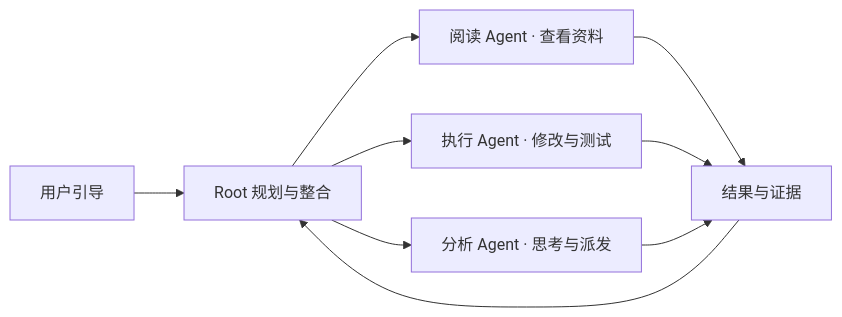
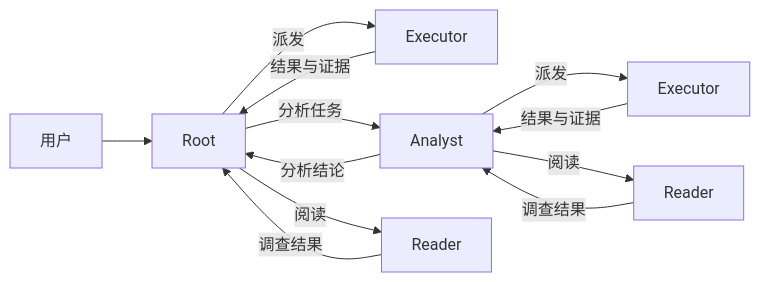
Before and after one commit to klarisaka/HCCA-Official: the diagram in docs/ARCHITECTURE.zh-CN.md, drawn with Mermaid. The commit also changed other lines of this file and 11 other files, not shown here.

````diff
--- a/docs/ARCHITECTURE.zh-CN.md
+++ b/docs/ARCHITECTURE.zh-CN.md
@@ -16,11 +16,14 @@
 ```mermaid
 flowchart LR
-    U["用户引导"] --> R["Root 规划与整合"]
-    R --> A["阅读 Agent · 查看资料"]
-    R --> B["执行 Agent · 修改与测试"]
-    R --> C["分析 Agent · 思考与派发"]
-    A --> S["结果与证据"]
-    B --> S
-    C --> S
-    S --> R
+    U["用户"] --> R["Root"]
+    R -->|派发| ER["Executor"]
+    ER -->|结果与证据| R
+    R -->|分析任务| A["Analyst"]
+    A -->|分析结论| R
+    A -->|派发| EA["Executor"]
+    EA -->|结果与证据| A
+    R -->|阅读| RR["Reader"]
+    RR -->|调查结果| R
+    A -->|阅读| RA["Reader"]
+    RA -->|调查结果| A
 ```
````
